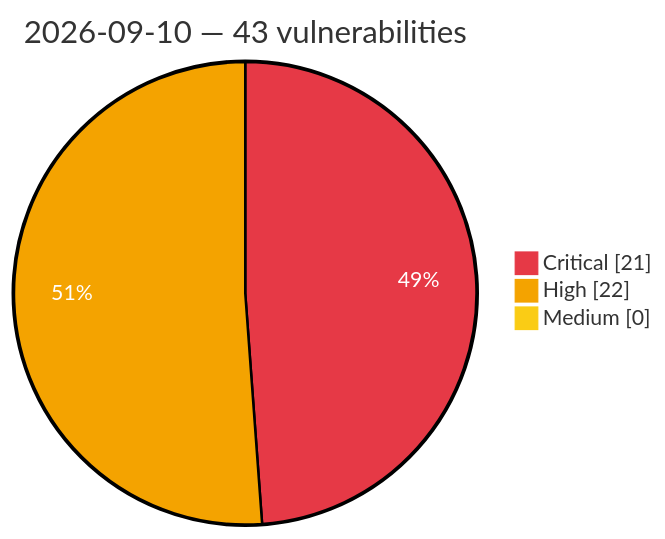
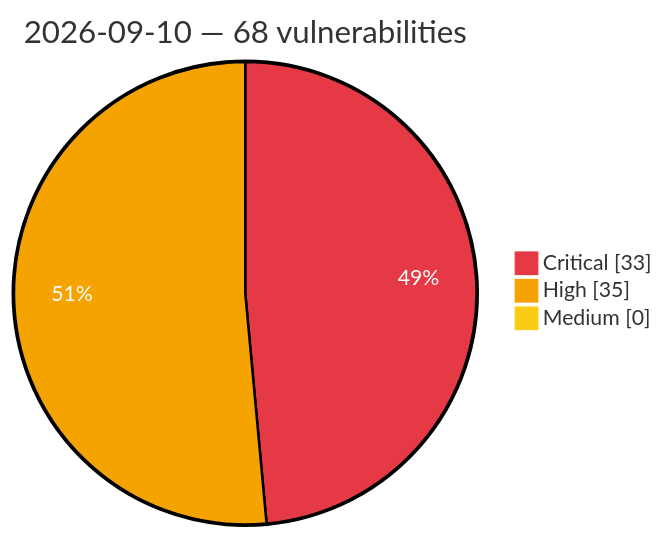
One commit to GhostX0X/vuln-tracker changed the diagram in vulnerabilities/2026/September/2026-09-10.md. Above: the diagram before and after it, drawn with Mermaid. The commit also changed other lines of this file and 5 other files, not shown here.

Commit message:
Auto update: critical/high vulns (2026-09-10 18:27 UTC)

````diff
--- a/vulnerabilities/2026/September/2026-09-10.md
+++ b/vulnerabilities/2026/September/2026-09-10.md
@@ -3,8 +3,8 @@
 ```mermaid
 %%{init: {'theme':'base', 'themeVariables': {'pie1':'#e63946', 'pie2':'#f4a300', 'pie3':'#facc15', 'pieOpacity':'1', 'pieOuterStrokeWidth':'2px', 'pieSectionTextColor':'#ffffff'}}}%%
 pie showData
-    title 2026-09-10 — 43 vulnerabilities
-    "Critical" : 21
-    "High" : 22
+    title 2026-09-10 — 68 vulnerabilities
+    "Critical" : 33
+    "High" : 35
     "Medium" : 0
 ```
````
